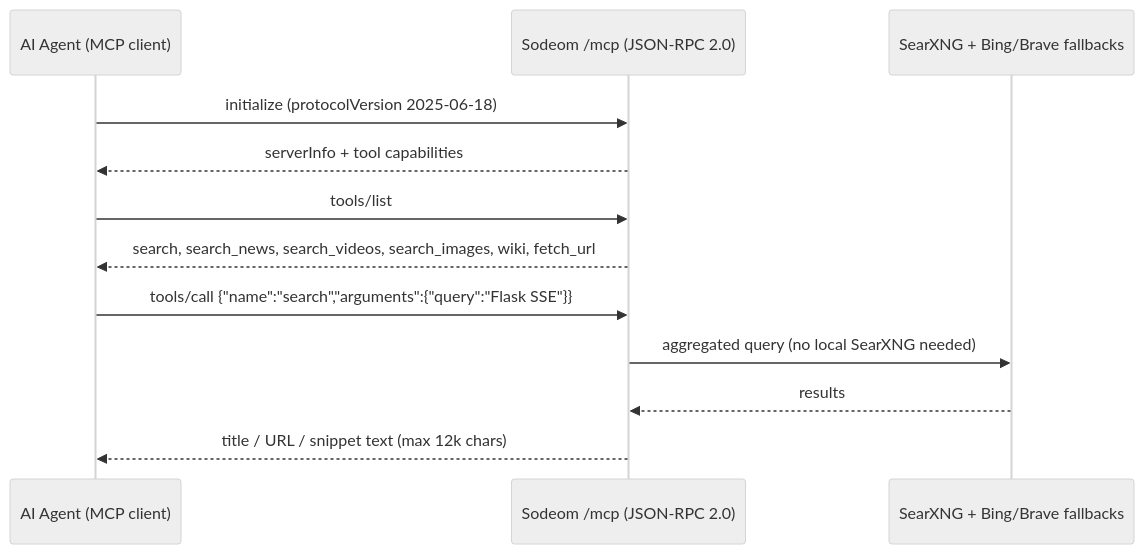
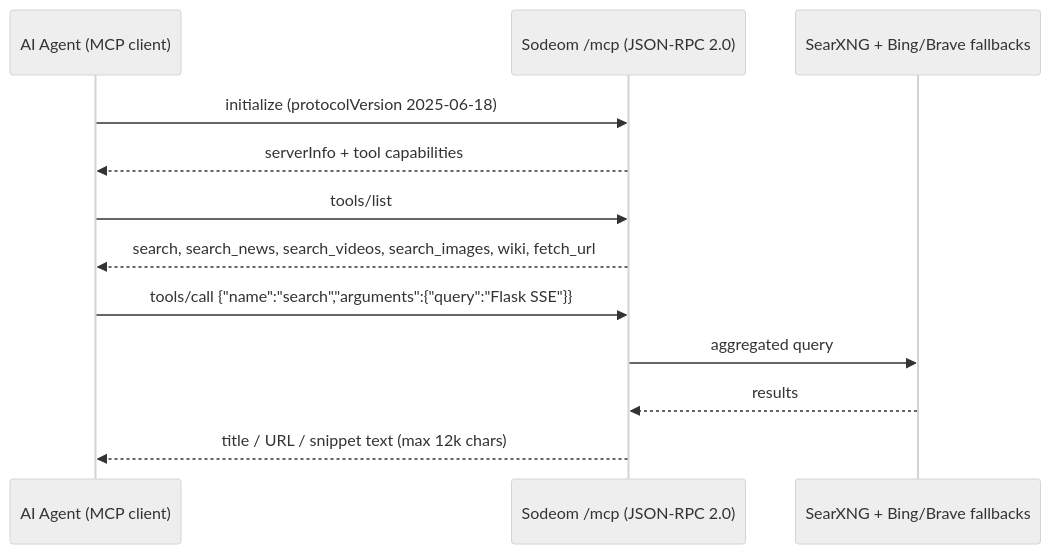
Before and after one commit to sodeom/sodeom: the sixth of 7 diagrams in README.md, drawn with Mermaid (neutral theme). The commit also changed other lines of this file and 5 other files, not shown here.

````diff
--- a/README.md
+++ b/README.md
@@ -256,14 +566,14 @@
 ```mermaid
 sequenceDiagram
     participant A as AI Agent (MCP client)
     participant S as Sodeom /mcp (JSON-RPC 2.0)
     participant X as SearXNG + Bing/Brave fallbacks
     A->>S: initialize (protocolVersion 2025-06-18)
     S-->>A: serverInfo + tool capabilities
     A->>S: tools/list
     S-->>A: search, search_news, search_videos, search_images, wiki, fetch_url
     A->>S: tools/call {"name":"search","arguments":{"query":"Flask SSE"}}
-    S->>X: aggregated query (no local SearXNG needed)
+    S->>X: aggregated query
     X-->>S: results
     S-->>A: title / URL / snippet text (max 12k chars)
 ```
````
